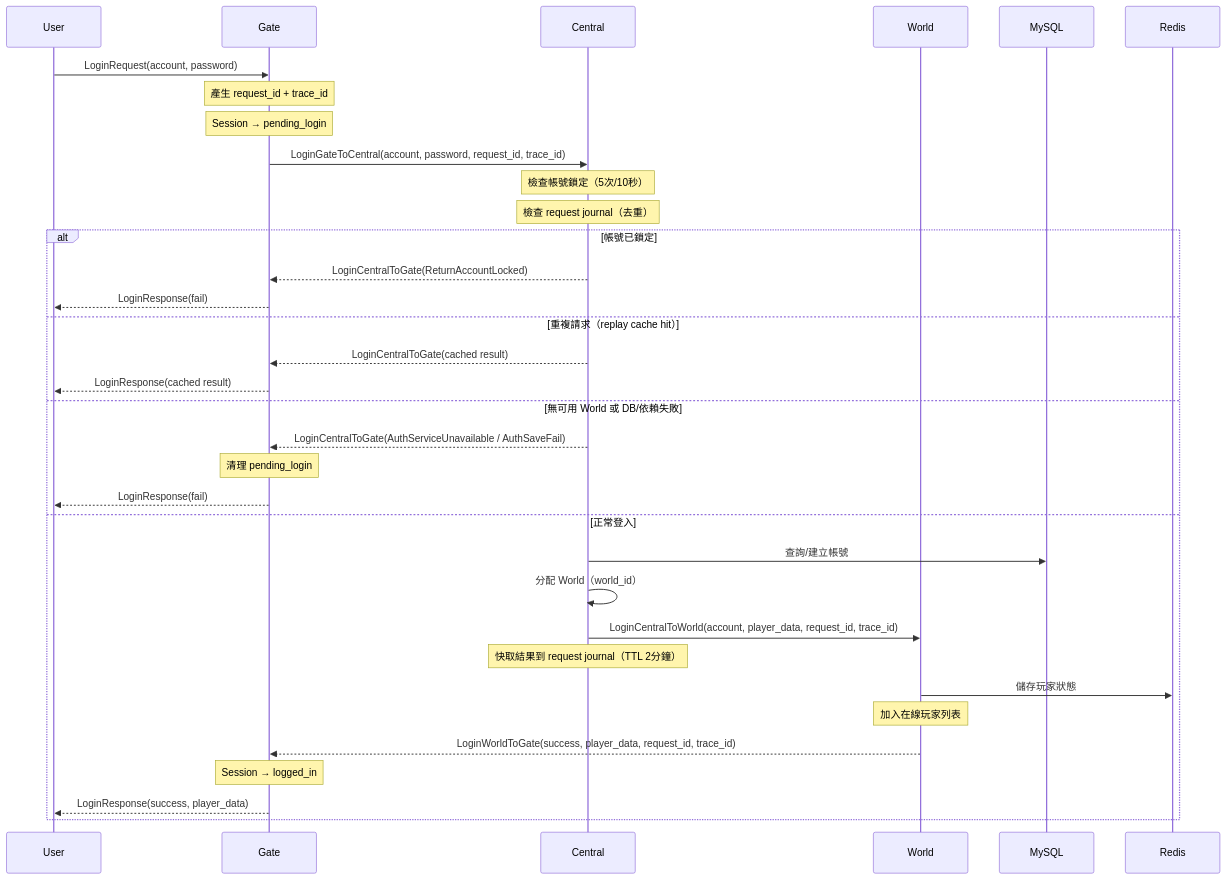
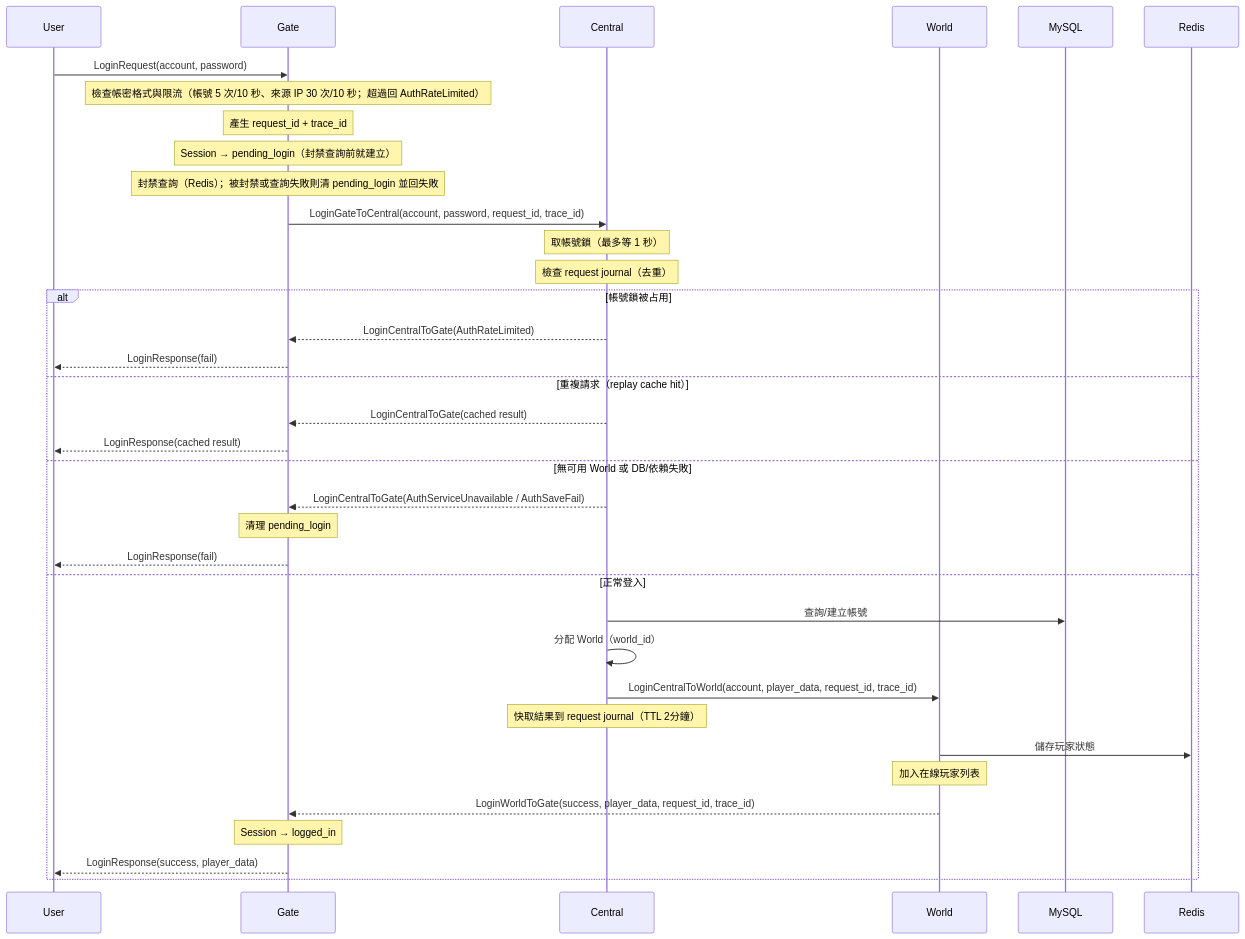
The first of 8 diagrams in 10-核心流程/時序圖.md (koebel0521/docs), drawn with Mermaid before and after one commit. The commit also changed other lines of this file, not shown here.

First line of the commit message:
docs: 時序圖對齊目前登入、登出與恢復校驗實作 (DC-M5)

````diff
--- a/10-核心流程/時序圖.md
+++ b/10-核心流程/時序圖.md
@@ -10,42 +10,44 @@
 ```mermaid
 sequenceDiagram
     participant U as User
     participant G as Gate
     participant C as Central
     participant W as World
     participant DB as MySQL
     participant R as Redis
 
     U->>G: LoginRequest(account, password)
+    Note over G: 檢查帳密格式與限流（帳號 5 次/10 秒、來源 IP 30 次/10 秒；超過回 AuthRateLimited）
     Note over G: 產生 request_id + trace_id
-    Note over G: Session → pending_login
+    Note over G: Session → pending_login（封禁查詢前就建立）
+    Note over G: 封禁查詢（Redis）；被封禁或查詢失敗則清 pending_login 並回失敗
 
     G->>C: LoginGateToCentral(account, password, request_id, trace_id)
 
-    Note over C: 檢查帳號鎖定（5次/10秒）
+    Note over C: 取帳號鎖（最多等 1 秒）
     Note over C: 檢查 request journal（去重）
 
-    alt 帳號已鎖定
-        C-->>G: LoginCentralToGate(ReturnAccountLocked)
+    alt 帳號鎖被占用
+        C-->>G: LoginCentralToGate(AuthRateLimited)
         G-->>U: LoginResponse(fail)
     else 重複請求（replay cache hit）
         C-->>G: LoginCentralToGate(cached result)
         G-->>U: LoginResponse(cached result)
     else 無可用 World 或 DB/依賴失敗
         C-->>G: LoginCentralToGate(AuthServiceUnavailable / AuthSaveFail)
         Note over G: 清理 pending_login
         G-->>U: LoginResponse(fail)
     else 正常登入
         C->>DB: 查詢/建立帳號
         C->>C: 分配 World（world_id）
         C->>W: LoginCentralToWorld(account, player_data, request_id, trace_id)
         Note over C: 快取結果到 request journal（TTL 2分鐘）
 
         W->>R: 儲存玩家狀態
         Note over W: 加入在線玩家列表
         W-->>G: LoginWorldToGate(success, player_data, request_id, trace_id)
 
         Note over G: Session → logged_in
         G-->>U: LoginResponse(success, player_data)
     end
 ```
````
